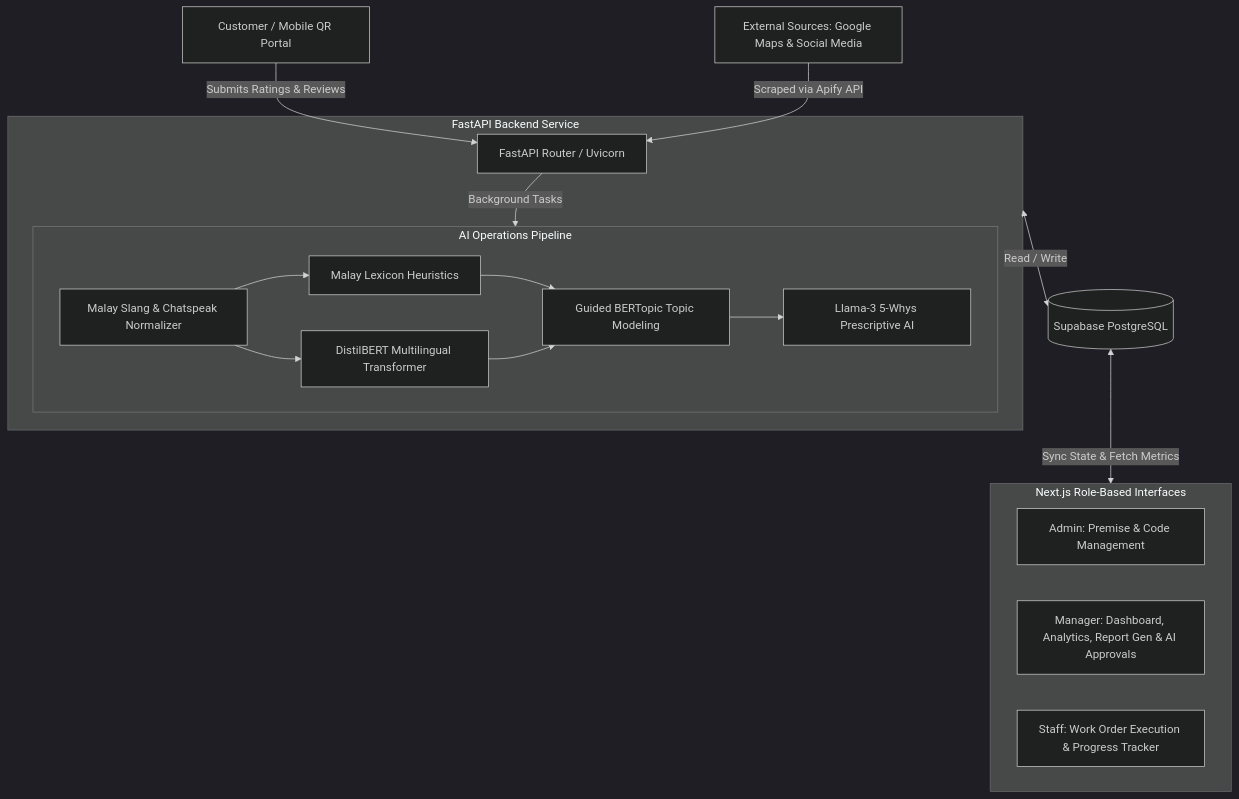
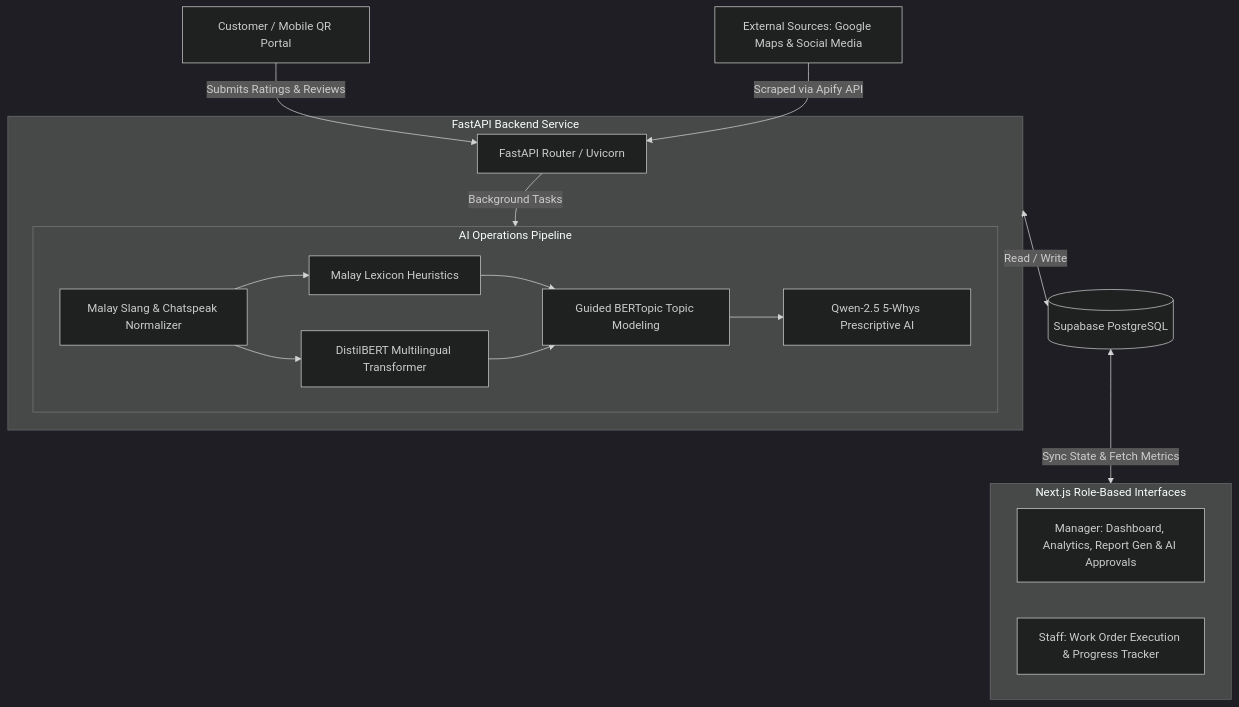
One commit to joshuwaw/FoodLytics-System changed the diagram in README.md. Above: the diagram before and after it, drawn with Mermaid (dark theme). The commit also changed other lines of this file, not shown here.

Commit message:
Update README.md architecture roles and correct Prescriptive AI model references to Qwen

````diff
--- a/README.md
+++ b/README.md
@@ -14,35 +14,34 @@
 ```mermaid
 graph TD
     %% Inputs
     Customer[Customer / Mobile QR Portal] -->|Submits Ratings & Reviews| API
     ExtReviews[External Sources: Google Maps & Social Media] -->|Scraped via Apify API| API
 
     subgraph Backend [FastAPI Backend Service]
         API[FastAPI Router / Uvicorn] -->|Background Tasks| Pipeline
         
         subgraph Pipeline [AI Operations Pipeline]
             Slang[Malay Slang & Chatspeak Normalizer]
             Lexicon[Malay Lexicon Heuristics]
             DistilBERT[DistilBERT Multilingual Transformer]
             TopicClustering[Guided BERTopic Topic Modeling]
-            LLMEngine[Llama-3 5-Whys Prescriptive AI]
+            LLMEngine[Qwen-2.5 5-Whys Prescriptive AI]
             
             Slang --> Lexicon
             Slang --> DistilBERT
             Lexicon & DistilBERT --> TopicClustering
             TopicClustering --> LLMEngine
         end
     end
 
     %% Database
     Backend <-->|Read / Write| DB[(Supabase PostgreSQL)]
 
     %% Dashboards
     DB <-->|Sync State & Fetch Metrics| Frontend[Next.js Dashboards]
     
     subgraph Frontend [Next.js Role-Based Interfaces]
-        AdminDash[Admin: Premise & Code Management]
         ManagerDash[Manager: Dashboard, Analytics, Report Gen & AI Approvals]
         StaffDash[Staff: Work Order Execution & Progress Tracker]
     end
 ```
````
